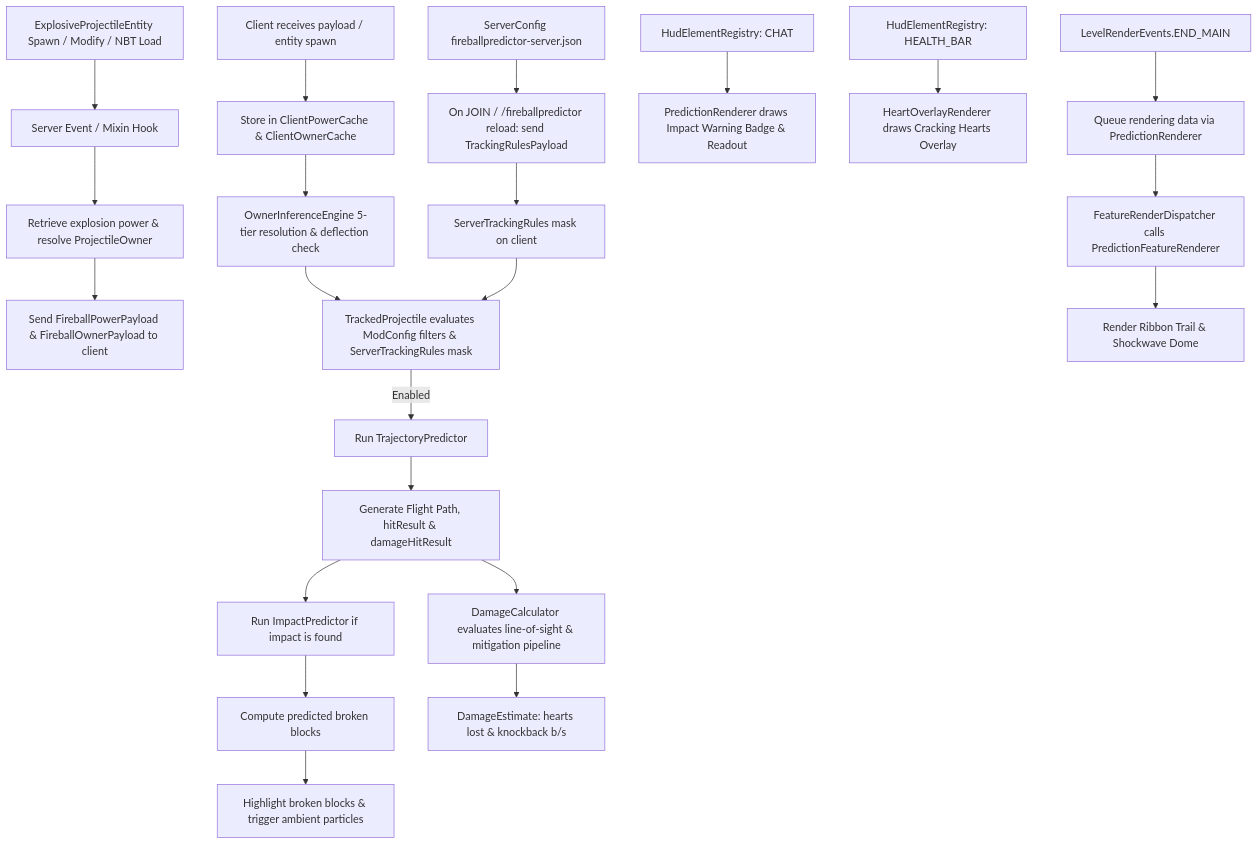
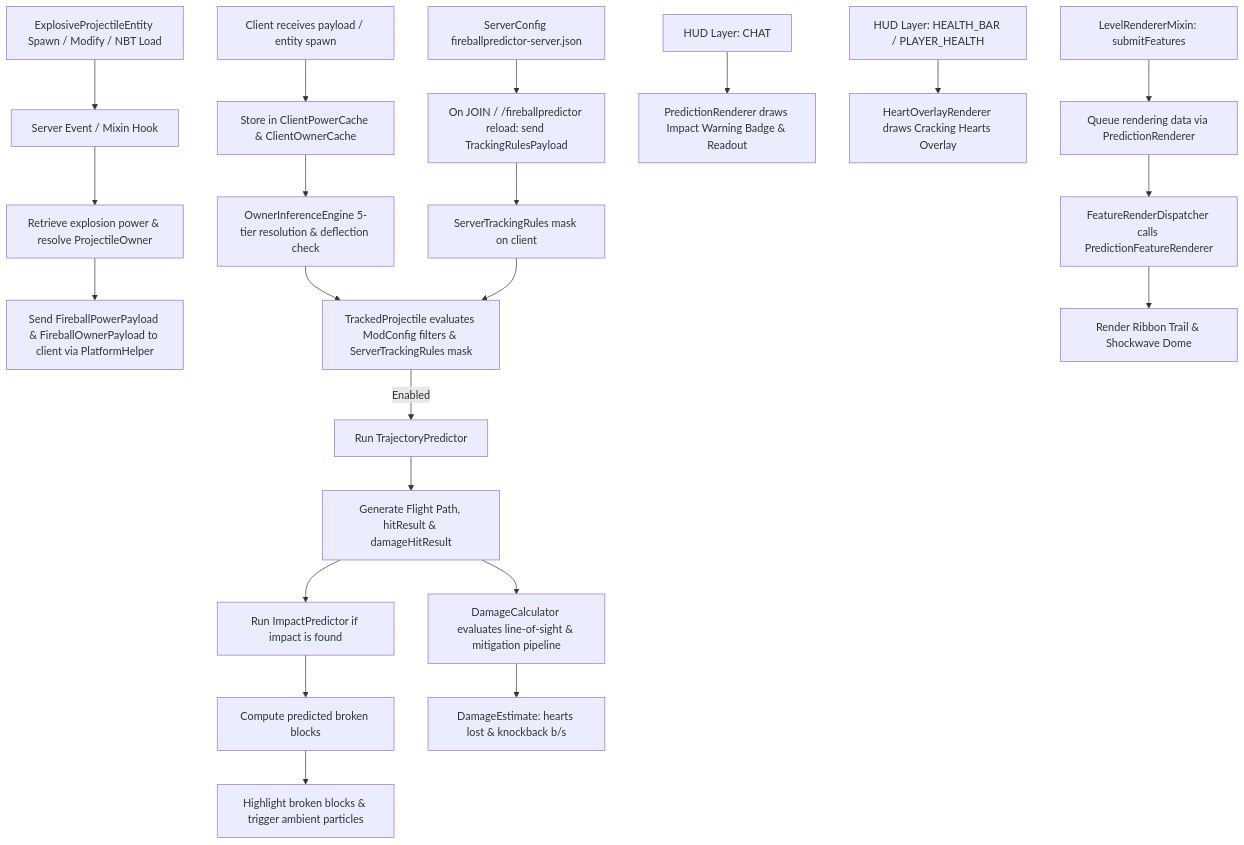
One commit to IsAvaible/FireballPredictor changed the diagram in agent.md. Above: the diagram before and after it, drawn with Mermaid. The commit also changed other lines of this file and 32 other files, not shown here.

````diff
--- a/agent.md
+++ b/agent.md
@@ -11,24 +11,24 @@
 ```mermaid
 graph TD
     A[ExplosiveProjectileEntity Spawn / Modify / NBT Load] --> B[Server Event / Mixin Hook]
     B --> C[Retrieve explosion power & resolve ProjectileOwner]
-    C --> D[Send FireballPowerPayload & FireballOwnerPayload to client]
+    C --> D[Send FireballPowerPayload & FireballOwnerPayload to client via PlatformHelper]
     E[Client receives payload / entity spawn] --> F[Store in ClientPowerCache & ClientOwnerCache]
     F --> G[OwnerInferenceEngine 5-tier resolution & deflection check]
     G --> H[TrackedProjectile evaluates ModConfig filters & ServerTrackingRules mask]
     H -->|Enabled| I[Run TrajectoryPredictor]
     I --> J[Generate Flight Path, hitResult & damageHitResult]
     J --> K[Run ImpactPredictor if impact is found]
     K --> L[Compute predicted broken blocks]
     L --> M[Highlight broken blocks & trigger ambient particles]
     J --> Dmg[DamageCalculator evaluates line-of-sight & mitigation pipeline]
     Dmg --> DmgData[DamageEstimate: hearts lost & knockback b/s]
-    N[LevelRenderEvents.END_MAIN] --> O[Queue rendering data via PredictionRenderer]
+    N[LevelRendererMixin: submitFeatures] --> O[Queue rendering data via PredictionRenderer]
     O --> P[FeatureRenderDispatcher calls PredictionFeatureRenderer]
     P --> Q[Render Ribbon Trail & Shockwave Dome]
-    HudWarn[HudElementRegistry: CHAT] --> WarnBadge[PredictionRenderer draws Impact Warning Badge & Readout]
-    HudHearts[HudElementRegistry: HEALTH_BAR] --> HeartsOverlay[HeartOverlayRenderer draws Cracking Hearts Overlay]
+    HudWarn[HUD Layer: CHAT] --> WarnBadge[PredictionRenderer draws Impact Warning Badge & Readout]
+    HudHearts[HUD Layer: HEALTH_BAR / PLAYER_HEALTH] --> HeartsOverlay[HeartOverlayRenderer draws Cracking Hearts Overlay]
     R[ServerConfig fireballpredictor-server.json] --> S[On JOIN / /fireballpredictor reload: send TrackingRulesPayload]
     S --> T[ServerTrackingRules mask on client]
     T --> H
 ```
````
